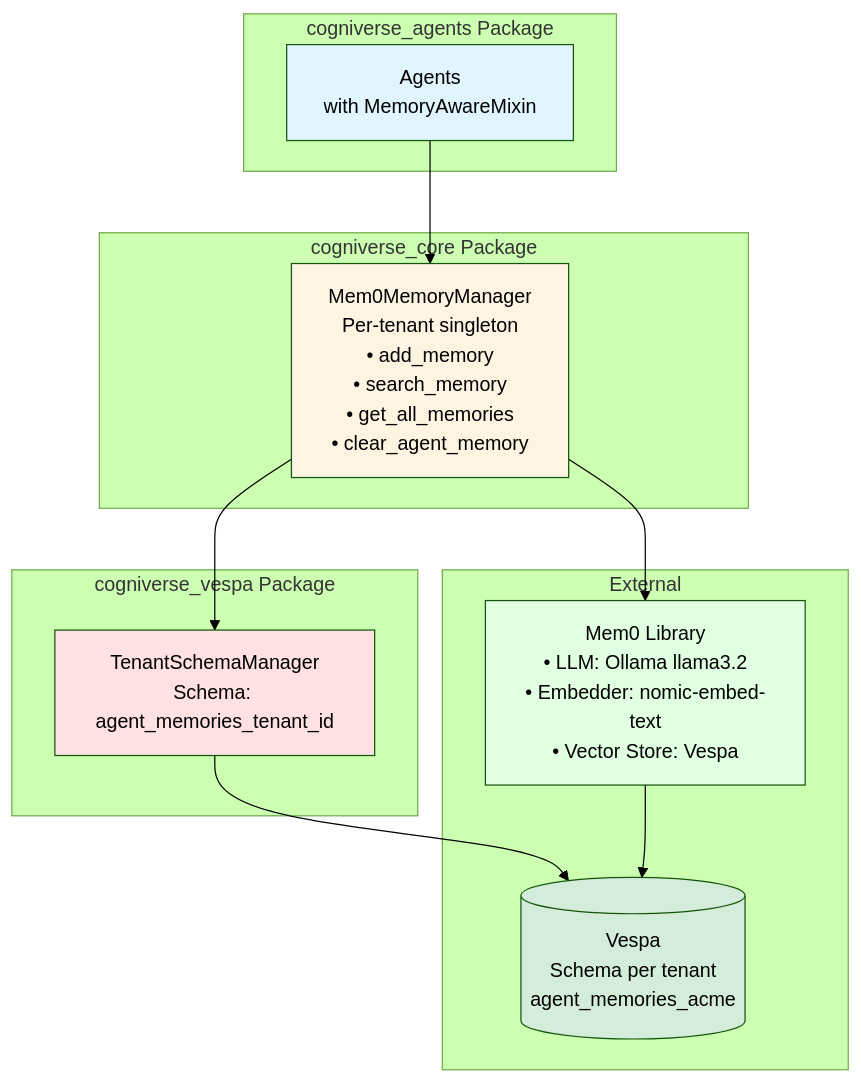
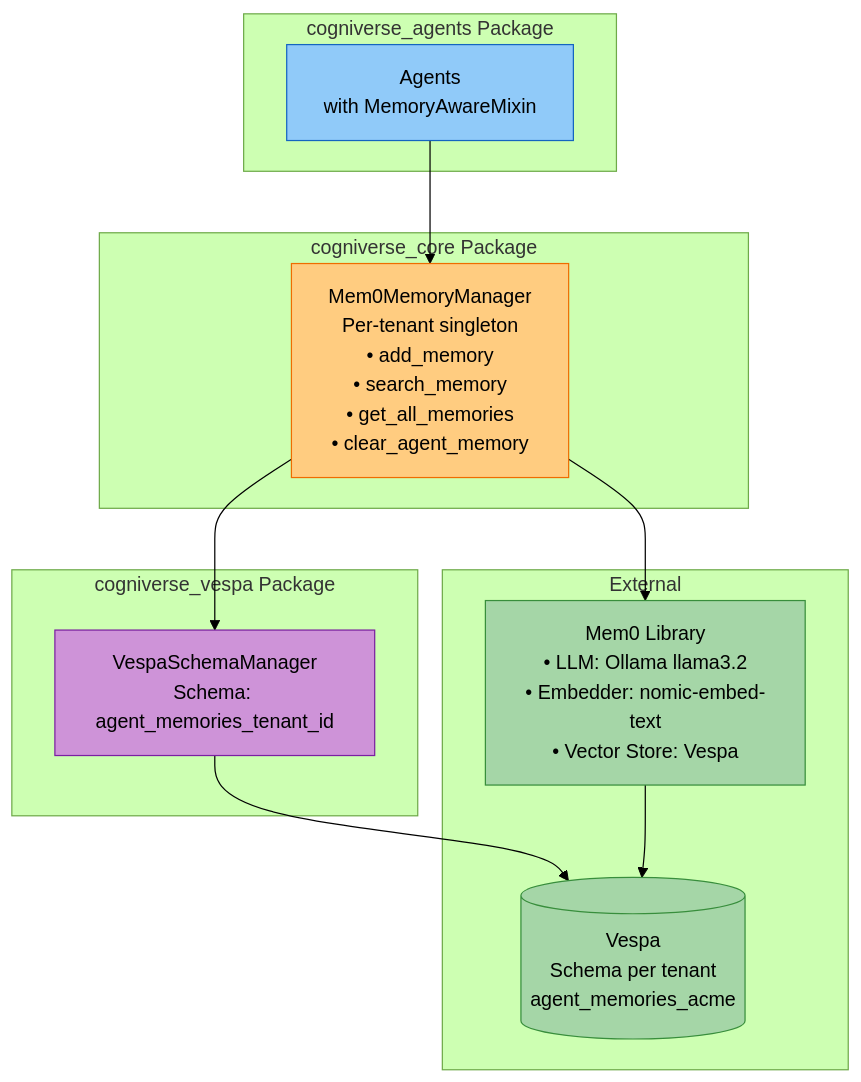
Before and after one commit to amit-jain/cogniverse: the second of 4 diagrams in docs/modules/common.md, drawn with Mermaid (forest theme). The commit also changed other lines of this file and 83 other files, not shown here.

First line of the commit message:
Fix documentation veracity, formatting, and diagrams across all modules

````diff
--- a/docs/modules/common.md
+++ b/docs/modules/common.md
@@ -97,31 +115,31 @@
 ```mermaid
-graph TB
+flowchart TB
     subgraph "cogniverse_agents Package"
-        AgentLayer[Agents<br/>with MemoryAwareMixin]
+        AgentLayer["<span style='color:#000'>Agents<br/>with MemoryAwareMixin</span>"]
     end
 
     subgraph "cogniverse_core Package"
-        MemoryManager[Mem0MemoryManager<br/>Per-tenant singleton<br/>• add_memory<br/>• search_memory<br/>• get_all_memories<br/>• clear_agent_memory]
+        MemoryManager["<span style='color:#000'>Mem0MemoryManager<br/>Per-tenant singleton<br/>• add_memory<br/>• search_memory<br/>• get_all_memories<br/>• clear_agent_memory</span>"]
     end
 
     subgraph "cogniverse_vespa Package"
-        SchemaManager[TenantSchemaManager<br/>Schema: agent_memories_tenant_id]
+        SchemaManager["<span style='color:#000'>VespaSchemaManager<br/>Schema: agent_memories_tenant_id</span>"]
     end
 
     subgraph External
-        Mem0Lib[Mem0 Library<br/>• LLM: Ollama llama3.2<br/>• Embedder: nomic-embed-text<br/>• Vector Store: Vespa]
-        VespaDB[(Vespa<br/>Schema per tenant<br/>agent_memories_acme)]
+        Mem0Lib["<span style='color:#000'>Mem0 Library<br/>• LLM: Ollama llama3.2<br/>• Embedder: nomic-embed-text<br/>• Vector Store: Vespa</span>"]
+        VespaDB[("<span style='color:#000'>Vespa<br/>Schema per tenant<br/>agent_memories_acme</span>")]
     end
 
     AgentLayer --> MemoryManager
     MemoryManager --> SchemaManager
     MemoryManager --> Mem0Lib
     SchemaManager --> VespaDB
     Mem0Lib --> VespaDB
 
-    style AgentLayer fill:#e1f5ff
-    style MemoryManager fill:#fff4e1
-    style SchemaManager fill:#ffe1e1
-    style Mem0Lib fill:#e1ffe1
-    style VespaDB fill:#d4edda
+    style AgentLayer fill:#90caf9,stroke:#1565c0,color:#000
+    style MemoryManager fill:#ffcc80,stroke:#ef6c00,color:#000
+    style SchemaManager fill:#ce93d8,stroke:#7b1fa2,color:#000
+    style Mem0Lib fill:#a5d6a7,stroke:#388e3c,color:#000
+    style VespaDB fill:#a5d6a7,stroke:#388e3c,color:#000
 ```
````
